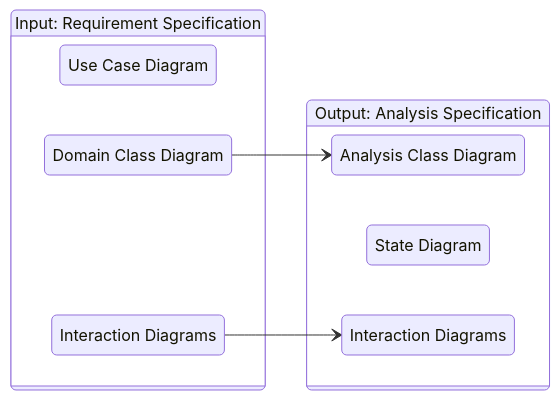
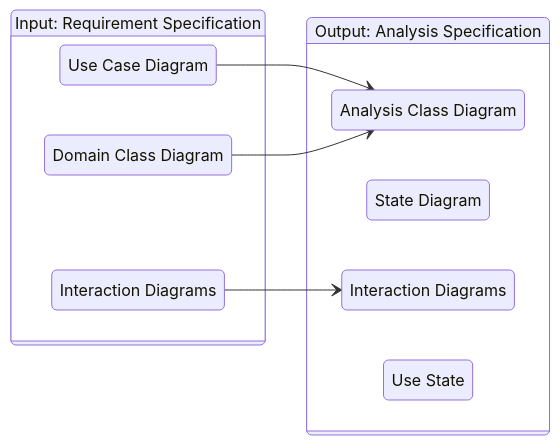
The diagram in IT/SoftwareDevelopment/Engineering/DevelopmentProcess/analysis.md (lcov29/knowledgeBase), drawn with Mermaid before and after one commit. The commit also changed other lines of this file, not shown here.

Commit message:
add section about analysis class diagram

````diff
--- a/IT/SoftwareDevelopment/Engineering/DevelopmentProcess/analysis.md
+++ b/IT/SoftwareDevelopment/Engineering/DevelopmentProcess/analysis.md
@@ -24,27 +42,30 @@
 ```mermaid
 stateDiagram-v2
    direction LR
    classDef dotted stroke-dasharray: 4 4;
 
    A: Use Case Diagram
    B: Domain Class Diagram
    C:::dotted: Interaction Diagrams
    D: Analysis Class Diagram
    E: State Diagram
    F: Interaction Diagrams
+   G: Use State
 
    state "Input: Requirement Specification" as input {
       A
       B
       C
    }
 
    state "Output: Analysis Specification" as output {
       E
       D
       F
+      G
    }
 
+   A --> D
    B --> D
    C --> F
 ```
````
